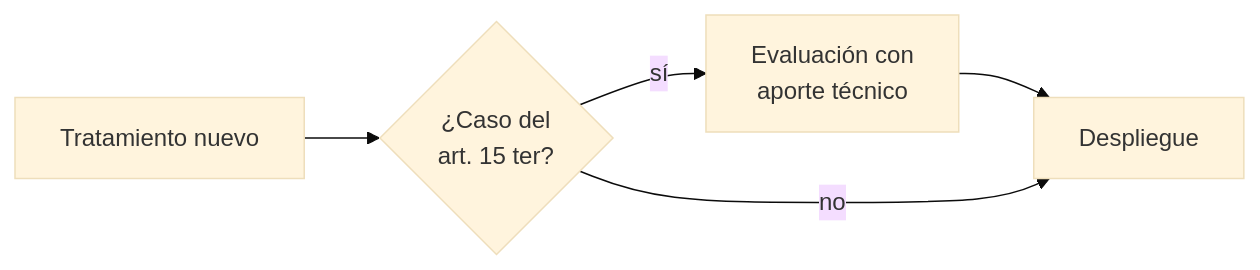
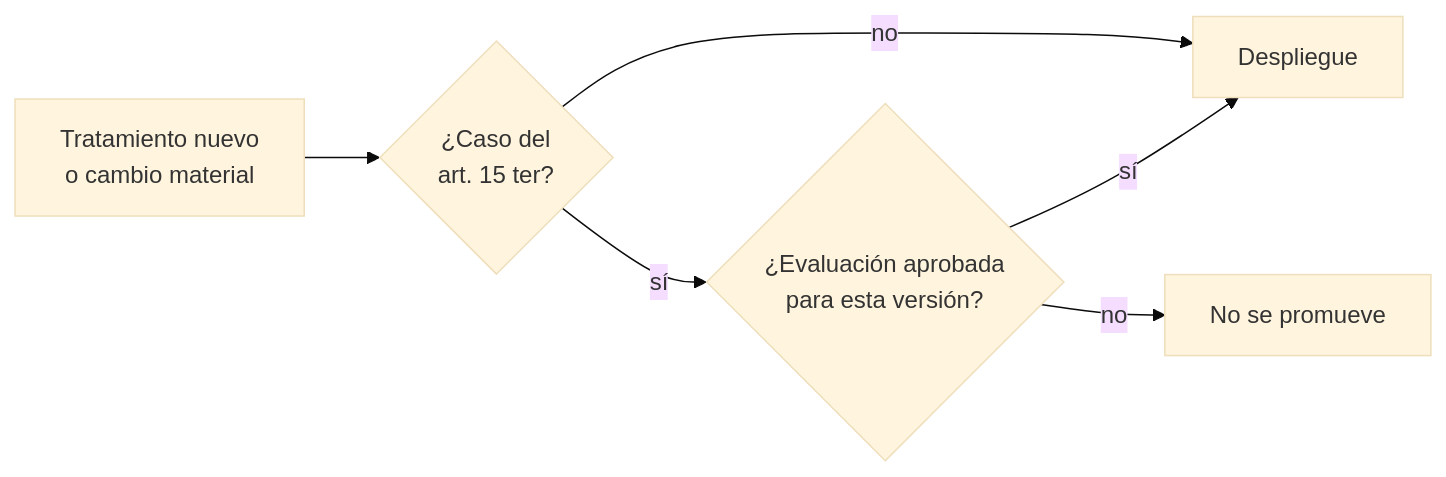
Before and after one commit to fcp4891/de-knowledge-hub: the first of 2 diagrams in content/concepts/dpia-and-automated-decisions.md, drawn with Mermaid (base theme). The commit also changed other lines of this file and 1 other file, not shown here.

````diff
--- a/content/concepts/dpia-and-automated-decisions.md
+++ b/content/concepts/dpia-and-automated-decisions.md
@@ -133,6 +153,8 @@
 ```mermaid
 flowchart LR
-  N["Tratamiento nuevo"] --> G{"¿Caso del<br/>art. 15 ter?"}
-  G -- "sí" --> E["Evaluación con<br/>aporte técnico"] --> D["Despliegue"]
+  N["Tratamiento nuevo<br/>o cambio material"] --> G{"¿Caso del<br/>art. 15 ter?"}
+  G -- "sí" --> E{"¿Evaluación aprobada<br/>para esta versión?"}
+  E -- "sí" --> D["Despliegue"]
+  E -- "no" --> B["No se promueve"]
   G -- "no" --> D
 ```
````
